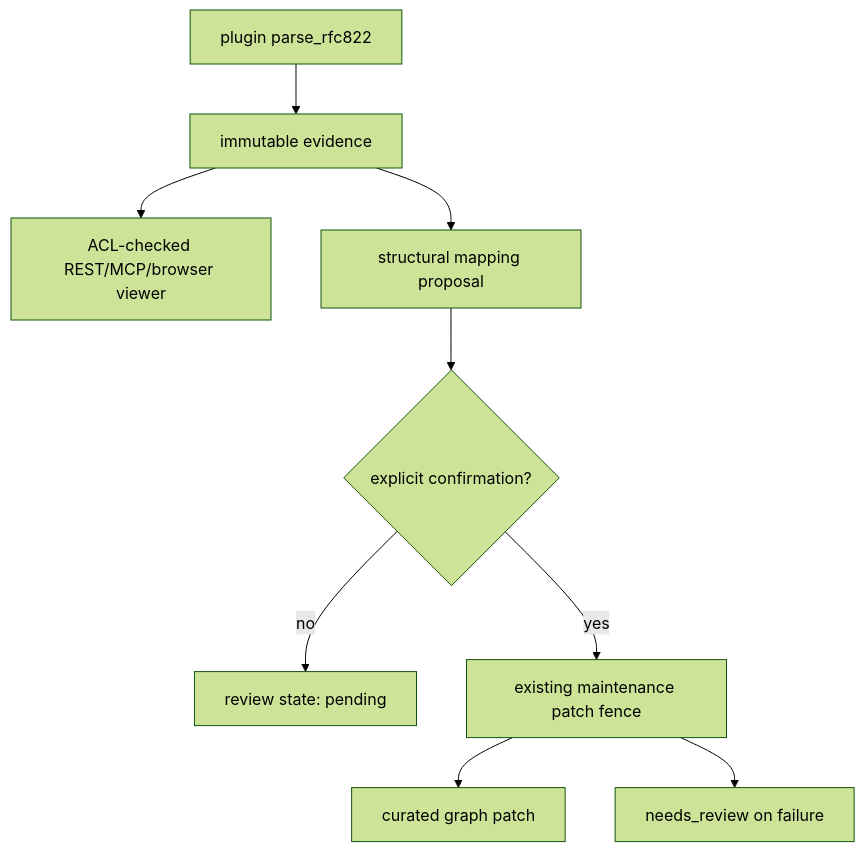
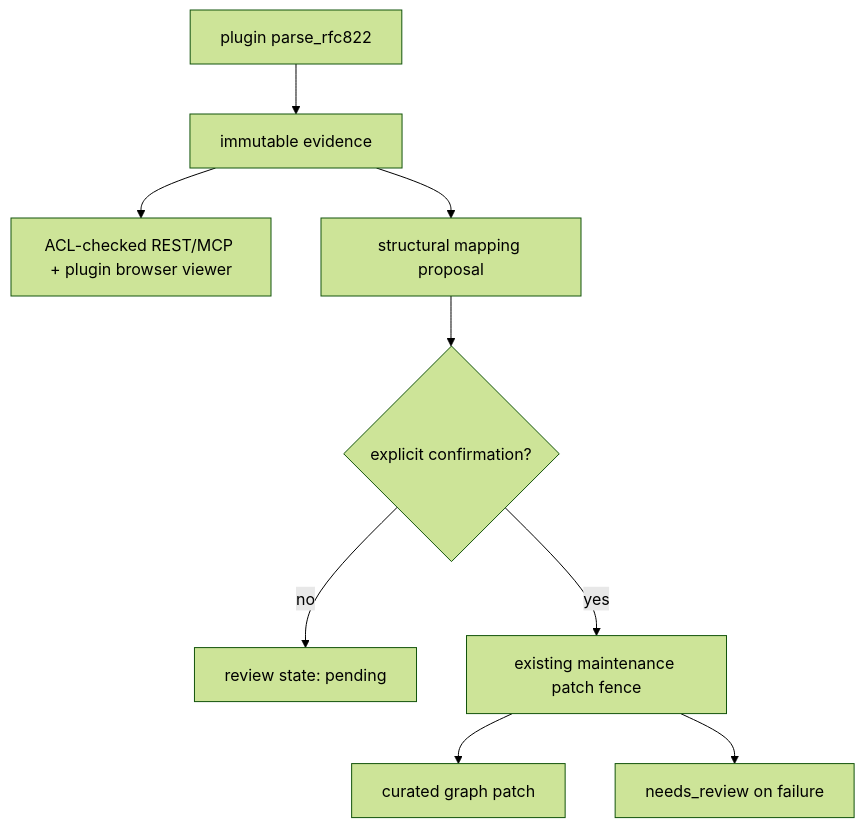
The second of 2 diagrams in doc/composable_ontology_email_implementation_plan.md (humblemat810/kogwistar-llm-wiki), drawn with Mermaid (forest theme) before and after one commit. The commit also changed other lines of this file and 21 other files, not shown here.

Commit message:
refactor: host email viewer through plugin boundary

````diff
--- a/doc/composable_ontology_email_implementation_plan.md
+++ b/doc/composable_ontology_email_implementation_plan.md
@@ -29,11 +29,11 @@
 ```mermaid
 flowchart TB
     PARSE["plugin parse_rfc822"] --> STORE["immutable evidence"]
-    STORE --> VIEW["ACL-checked REST/MCP/browser viewer"]
+    STORE --> VIEW["ACL-checked REST/MCP + plugin browser viewer"]
     STORE --> MAP["structural mapping proposal"]
     MAP --> CONFIRM{"explicit confirmation?"}
     CONFIRM -->|no| PENDING["review state: pending"]
     CONFIRM -->|yes| FENCE["existing maintenance patch fence"]
     FENCE --> APPLIED["curated graph patch"]
     FENCE --> REVIEW["needs_review on failure"]
 ```
````
